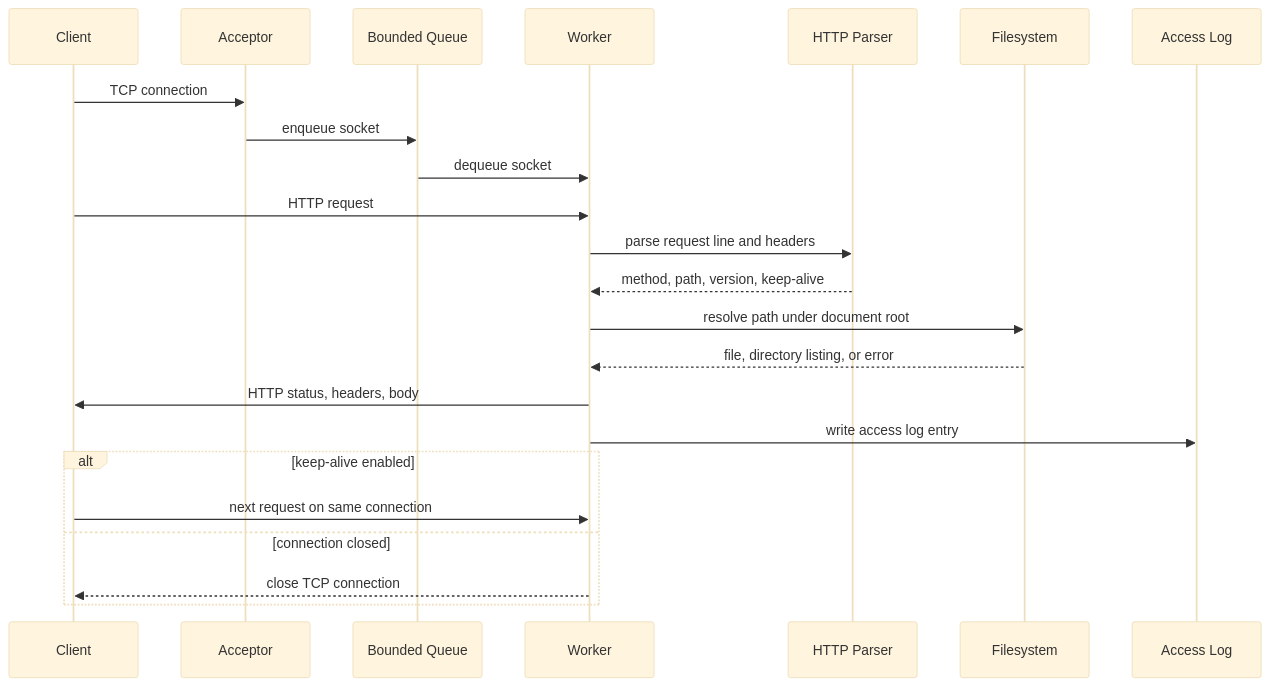
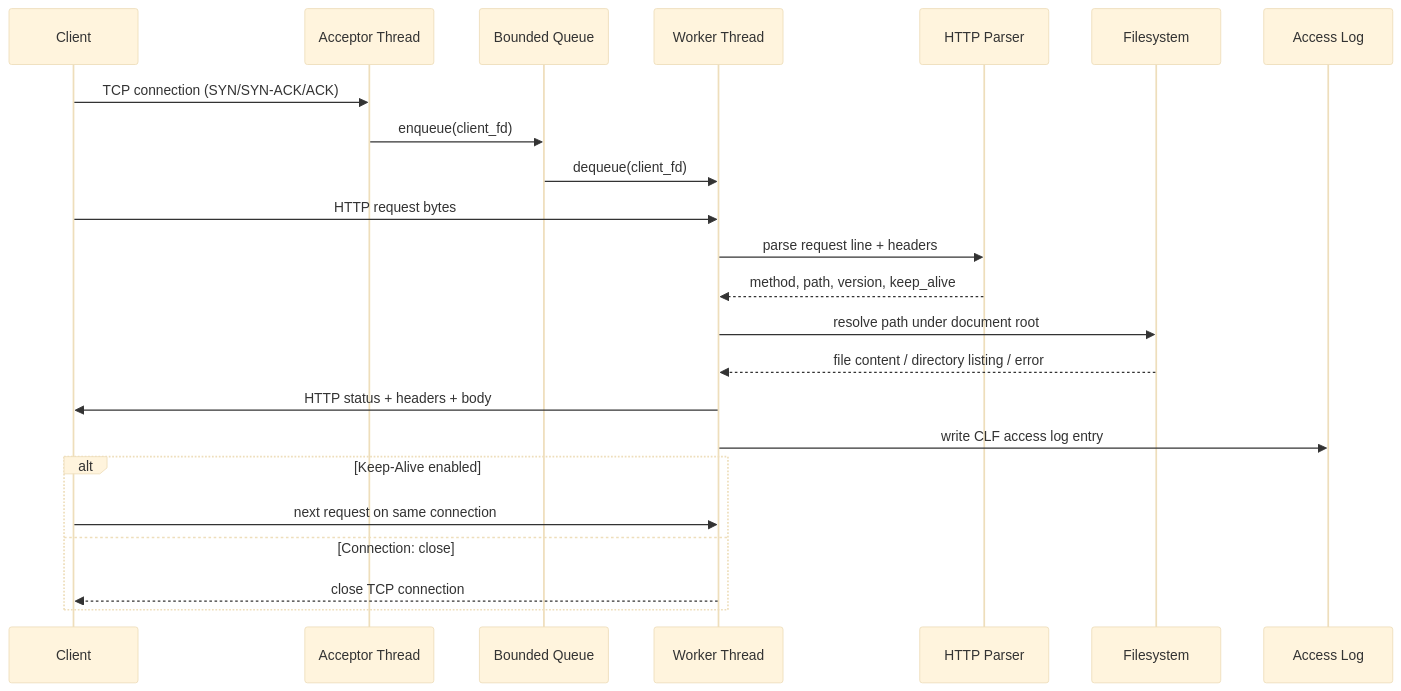
One commit to thinhkb/final_system_progamming changed the second of 4 diagrams in report/report.md. Above: the diagram before and after it, drawn with Mermaid (base theme). The commit also changed other lines of this file and 9 other files, not shown here.

````diff
--- a/report/report.md
+++ b/report/report.md
@@ -60,26 +135,26 @@
 ```mermaid
 sequenceDiagram
     participant C as Client
-    participant A as Acceptor
+    participant A as Acceptor Thread
     participant Q as Bounded Queue
-    participant W as Worker
+    participant W as Worker Thread
     participant H as HTTP Parser
     participant F as Filesystem
     participant L as Access Log
 
-    C->>A: TCP connection
-    A->>Q: enqueue socket
-    Q->>W: dequeue socket
-    C->>W: HTTP request
-    W->>H: parse request line and headers
-    H-->>W: method, path, version, keep-alive
+    C->>A: TCP connection (SYN/SYN-ACK/ACK)
+    A->>Q: enqueue(client_fd)
+    Q->>W: dequeue(client_fd)
+    C->>W: HTTP request bytes
+    W->>H: parse request line + headers
+    H-->>W: method, path, version, keep_alive
     W->>F: resolve path under document root
-    F-->>W: file, directory listing, or error
-    W->>C: HTTP status, headers, body
-    W->>L: write access log entry
-    alt keep-alive enabled
+    F-->>W: file content / directory listing / error
+    W->>C: HTTP status + headers + body
+    W->>L: write CLF access log entry
+    alt Keep-Alive enabled
         C->>W: next request on same connection
-    else connection closed
+    else Connection: close
         W-->>C: close TCP connection
     end
 ```
````
